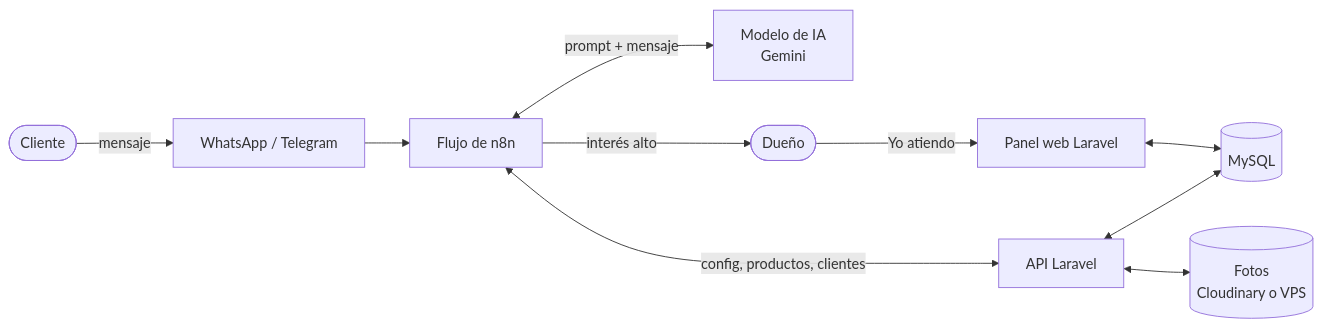
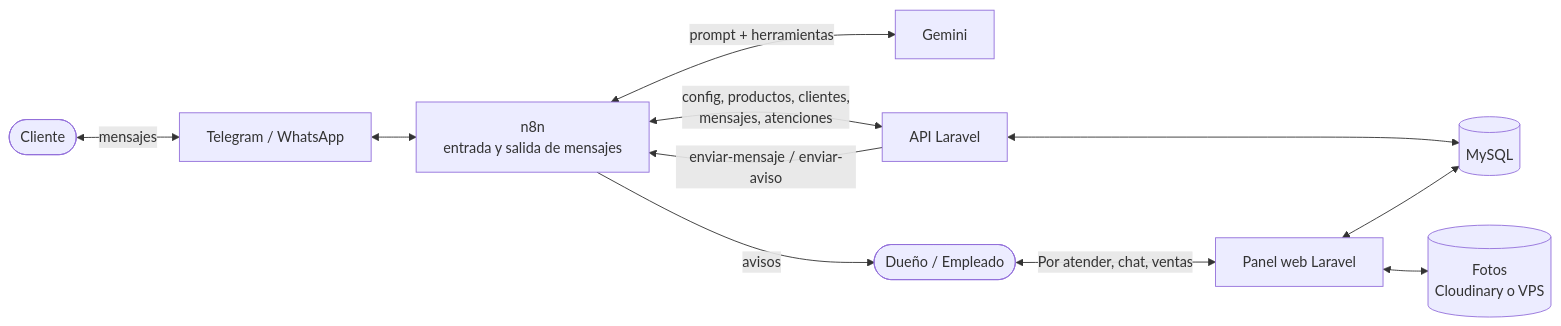
Before and after one commit to nicolasrodriguez09/N8N-SAS-ventas-crm-integracion-whatsap: the second of 2 diagrams in README.md, drawn with Mermaid. The commit also changed other lines of this file and 5 other files, not shown here.

````diff
--- a/README.md
+++ b/README.md
@@ -81,12 +93,13 @@
 ```mermaid
 flowchart LR
-  C([Cliente]) -->|mensaje| WA[WhatsApp / Telegram]
-  WA --> N8N[Flujo de n8n]
-  N8N <-->|config, productos, clientes| API[API Laravel]
+  C([Cliente]) <-->|mensajes| CH[Telegram / WhatsApp]
+  CH <--> N8N[n8n<br/>entrada y salida de mensajes]
+  N8N <-->|prompt + herramientas| IA[Gemini]
+  N8N <-->|config, productos, clientes,<br/>mensajes, atenciones| API[API Laravel]
+  API -->|enviar-mensaje / enviar-aviso| N8N
   API <--> DB[(MySQL)]
-  API <--> F[(Fotos<br/>Cloudinary o VPS)]
-  N8N <-->|prompt + mensaje| IA[Modelo de IA<br/>Gemini]
-  N8N -->|interés alto| D([Dueño])
-  D -->|"Yo atiendo"| P[Panel web Laravel]
-  P <--> DB
+  P[Panel web Laravel] <--> DB
+  P <--> F[(Fotos<br/>Cloudinary o VPS)]
+  E([Dueño / Empleado]) <-->|Por atender, chat, ventas| P
+  N8N -->|avisos| E
 ```
````
